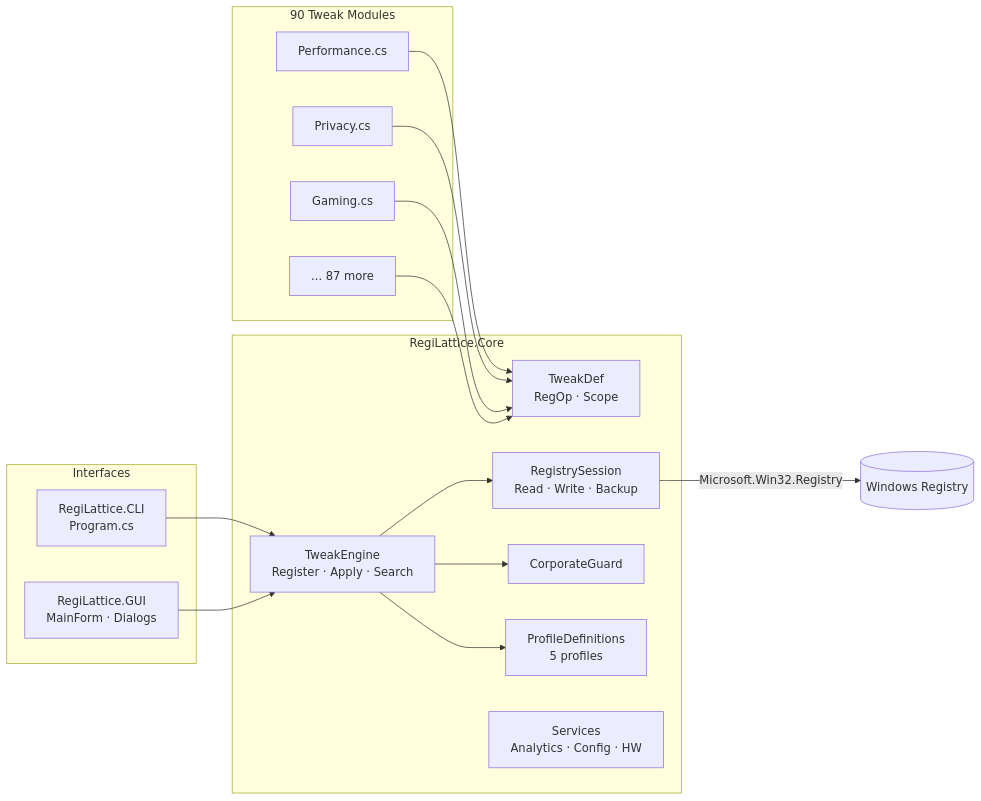
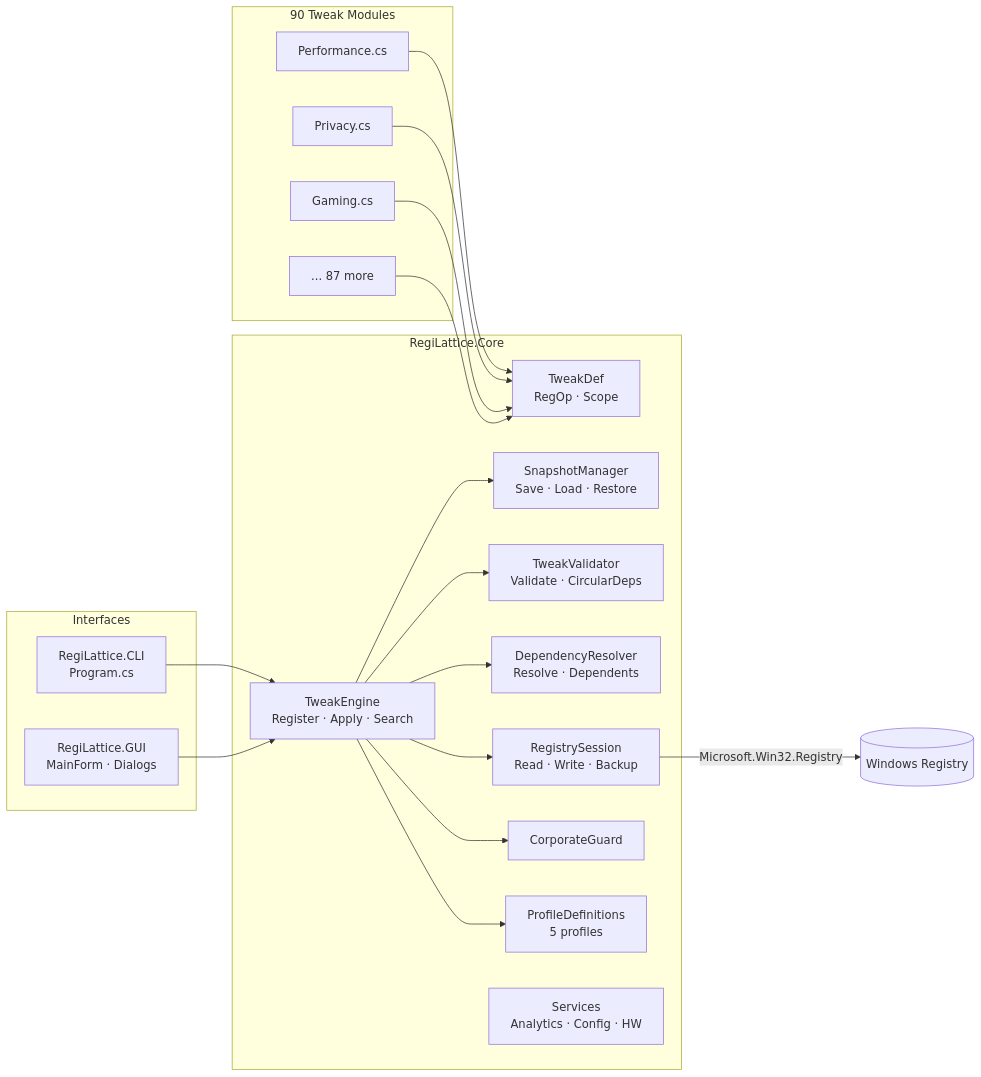
One commit to RajwanYair/RegiLattice changed the diagram in Readme.md. Above: the diagram before and after it, drawn with Mermaid. The commit also changed other lines of this file and 6 other files, not shown here.

````diff
--- a/Readme.md
+++ b/Readme.md
@@ -38,34 +38,40 @@
 ```mermaid
 graph LR
     subgraph Interfaces
         CLI[RegiLattice.CLI<br/>Program.cs]
         GUI[RegiLattice.GUI<br/>MainForm · Dialogs]
     end
 
     subgraph Core["RegiLattice.Core"]
         TE[TweakEngine<br/>Register · Apply · Search]
+        SM[SnapshotManager<br/>Save · Load · Restore]
+        TV[TweakValidator<br/>Validate · CircularDeps]
+        DR[DependencyResolver<br/>Resolve · Dependents]
         TD[TweakDef<br/>RegOp · Scope]
         RS[RegistrySession<br/>Read · Write · Backup]
         CG[CorporateGuard]
         PD[ProfileDefinitions<br/>5 profiles]
         SV[Services<br/>Analytics · Config · HW]
     end
 
     subgraph Tweaks["90 Tweak Modules"]
         T1[Performance.cs]
         T2[Privacy.cs]
         T3[Gaming.cs]
         TN[... 87 more]
     end
 
     CLI --> TE
     GUI --> TE
+    TE --> SM
+    TE --> TV
+    TE --> DR
     TE --> RS
     TE --> CG
     TE --> PD
     T1 --> TD
     T2 --> TD
     T3 --> TD
     TN --> TD
     RS -->|Microsoft.Win32.Registry| WR[(Windows Registry)]
 ```
````
